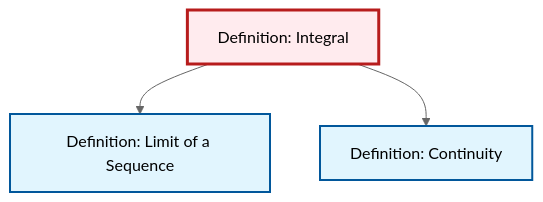
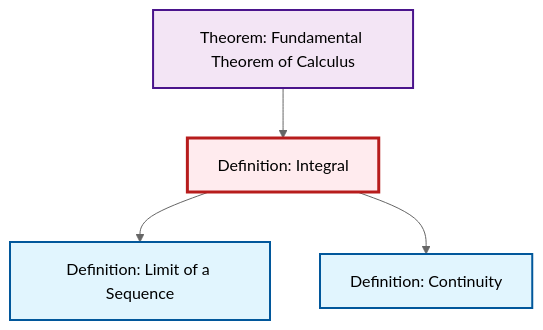
One commit to RK0429/ModernMath changed the diagram in content/ja/analysis/def-integral.qmd. Above: the diagram before and after it, drawn with Mermaid (neutral theme). The commit also changed 531 other files, not shown here.

````diff
--- a/content/ja/analysis/def-integral.qmd
+++ b/content/ja/analysis/def-integral.qmd
@@ -82,17 +82,20 @@
 ```{mermaid}
 %%| fig-cap: "Local dependency graph"
 graph TD
     classDef definition fill:#e1f5fe,stroke:#01579b,stroke-width:2px
     classDef theorem fill:#f3e5f5,stroke:#4a148c,stroke-width:2px
     classDef axiom fill:#fff3e0,stroke:#e65100,stroke-width:2px
     classDef example fill:#e8f5e9,stroke:#1b5e20,stroke-width:2px
     classDef current fill:#ffebee,stroke:#b71c1c,stroke-width:3px
-    def-integral["Definition: Integral"]:::definition
     def-limit["Definition: Limit of a Sequence"]:::definition
     def-continuity["Definition: Continuity"]:::definition
+    def-integral["Definition: Integral"]:::definition
+    thm-fundamental-calculus["Theorem: Fundamental Theorem of Calculus"]:::theorem
     def-integral --> def-limit
+    thm-fundamental-calculus --> def-integral
     def-integral --> def-continuity
     class def-integral current
     click def-limit "def-limit.html" "Definition: Limit of a Sequenceへ"
     click def-continuity "def-continuity.html" "Definition: Continuityへ"
+    click thm-fundamental-calculus "thm-fundamental-calculus.html" "Theorem: Fundamental Theorem of Calculusへ"
 ```
````
